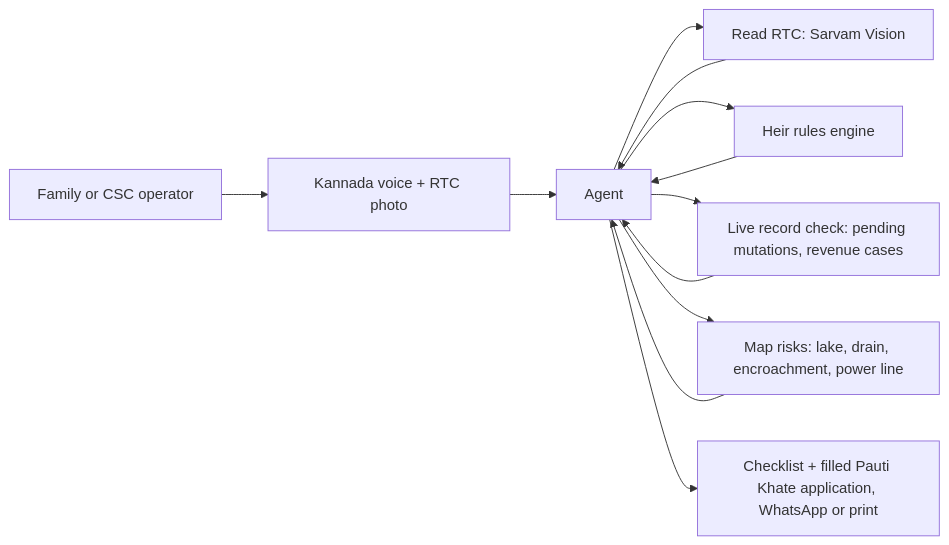
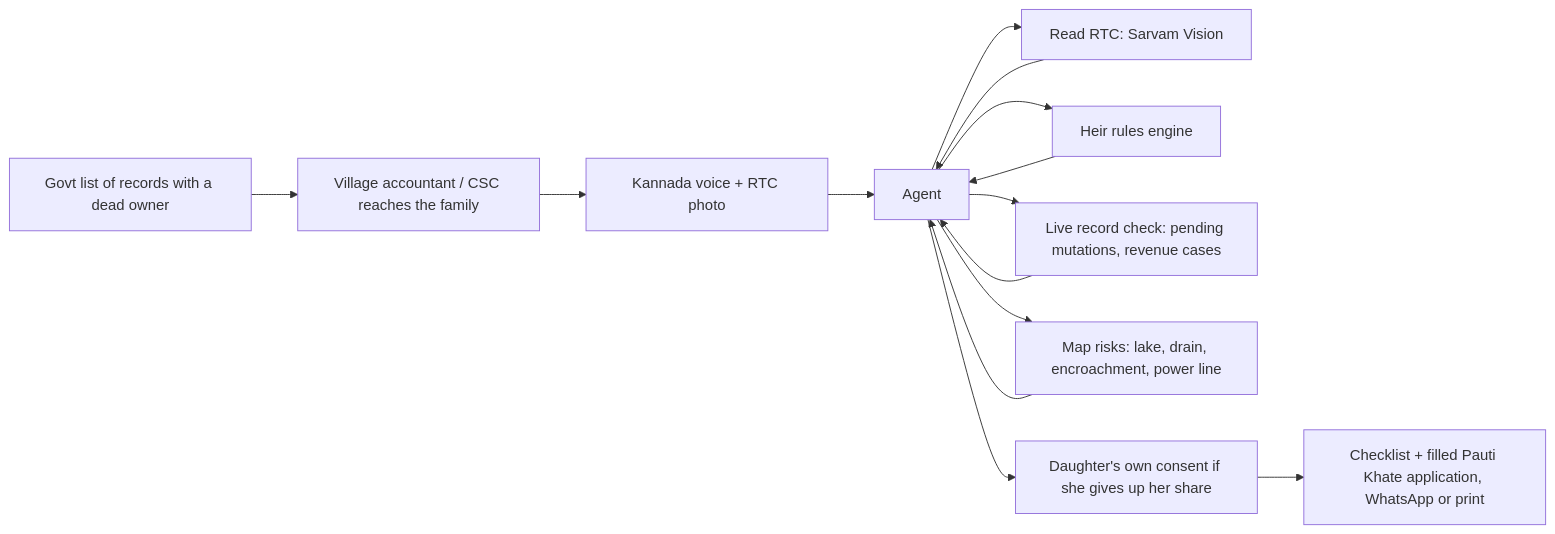
Before and after one commit to Pranav-error/pauti-mitra: the diagram in docs/design.md, drawn with Mermaid. The commit also changed other lines of this file and 4 other files, not shown here.

Commit message:
Reach families first, daughter consent step, heirs before division

````diff
--- a/docs/design.md
+++ b/docs/design.md
@@ -5,14 +5,16 @@
 ```mermaid
 flowchart LR
-  U[Family or CSC operator] --> V[Kannada voice + RTC photo]
+  L[Govt list of records with a dead owner] --> U[Village accountant / CSC reaches the family]
+  U --> V[Kannada voice + RTC photo]
   V --> A[Agent]
   A --> T1[Read RTC: Sarvam Vision]
   A --> T2[Heir rules engine]
   A --> T3[Live record check: pending mutations, revenue cases]
   A --> T4[Map risks: lake, drain, encroachment, power line]
   T1 --> A
   T2 --> A
   T3 --> A
   T4 --> A
-  A --> O[Checklist + filled Pauti Khate application, WhatsApp or print]
+  A --> C[Daughter's own consent if she gives up her share]
+  C --> O[Checklist + filled Pauti Khate application, WhatsApp or print]
 ```
````
